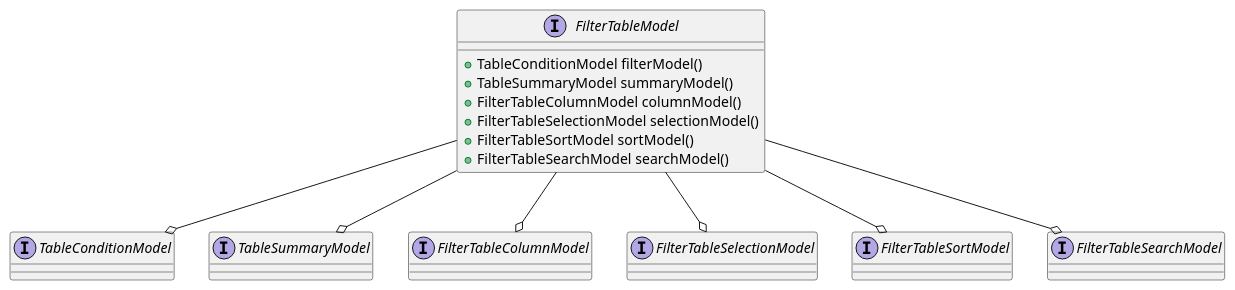
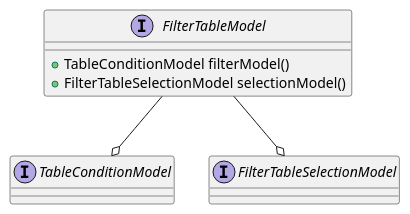
Before and after one commit to codion-is/codion: the diagram in documentation/src/docs/asciidoc/manual/common-model-table.adoc, drawn with PlantUML. The commit also changed 4 other files, not shown here.

```diff
--- a/documentation/src/docs/asciidoc/manual/common-model-table.adoc
+++ b/documentation/src/docs/asciidoc/manual/common-model-table.adoc
@@ -7,31 +7,15 @@
 [plantuml, filter-table-model-diagram, svg, align=center]
 -------------------------------------------
 
 interface FilterTableModel {
     +TableConditionModel filterModel()
-    +TableSummaryModel summaryModel()
-    +FilterTableColumnModel columnModel()
     +FilterTableSelectionModel selectionModel()
-    +FilterTableSortModel sortModel()
-    +FilterTableSearchModel searchModel()
 }
 
 interface TableConditionModel {}
 
-interface TableSummaryModel {}
-
-interface FilterTableColumnModel {}
-
 interface FilterTableSelectionModel {}
 
-interface FilterTableSortModel {}
-
-interface FilterTableSearchModel {}
-
 FilterTableModel --o TableConditionModel
-FilterTableModel --o TableSummaryModel
-FilterTableModel --o FilterTableColumnModel
 FilterTableModel --o FilterTableSelectionModel
-FilterTableModel --o FilterTableSortModel
-FilterTableModel --o FilterTableSearchModel
 -------------------------------------------
```
